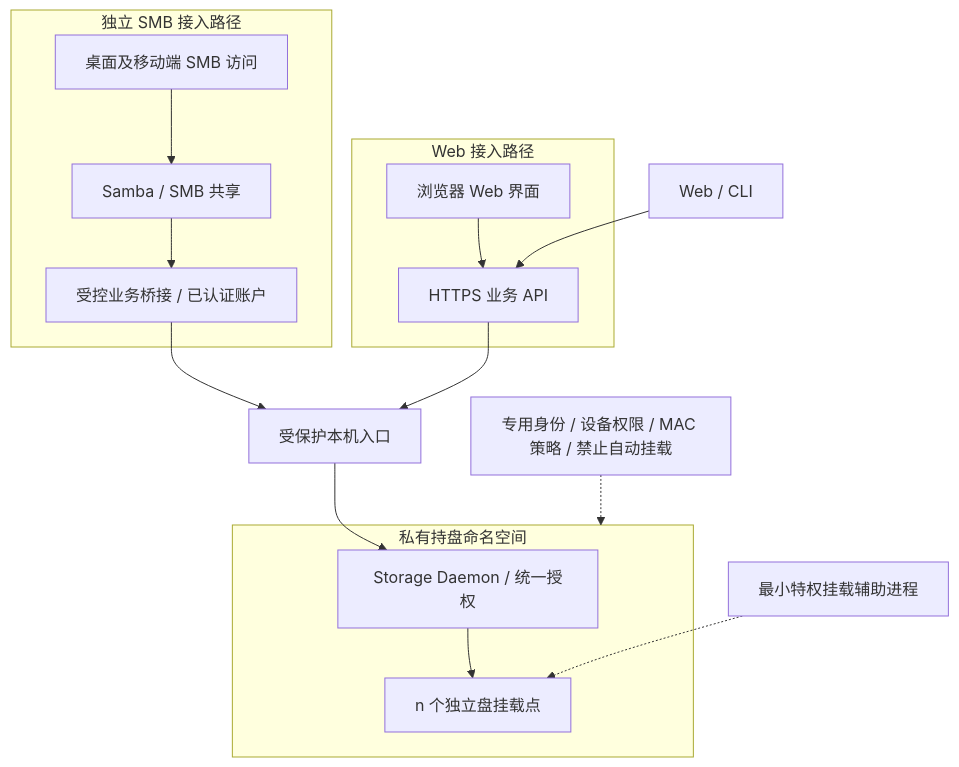
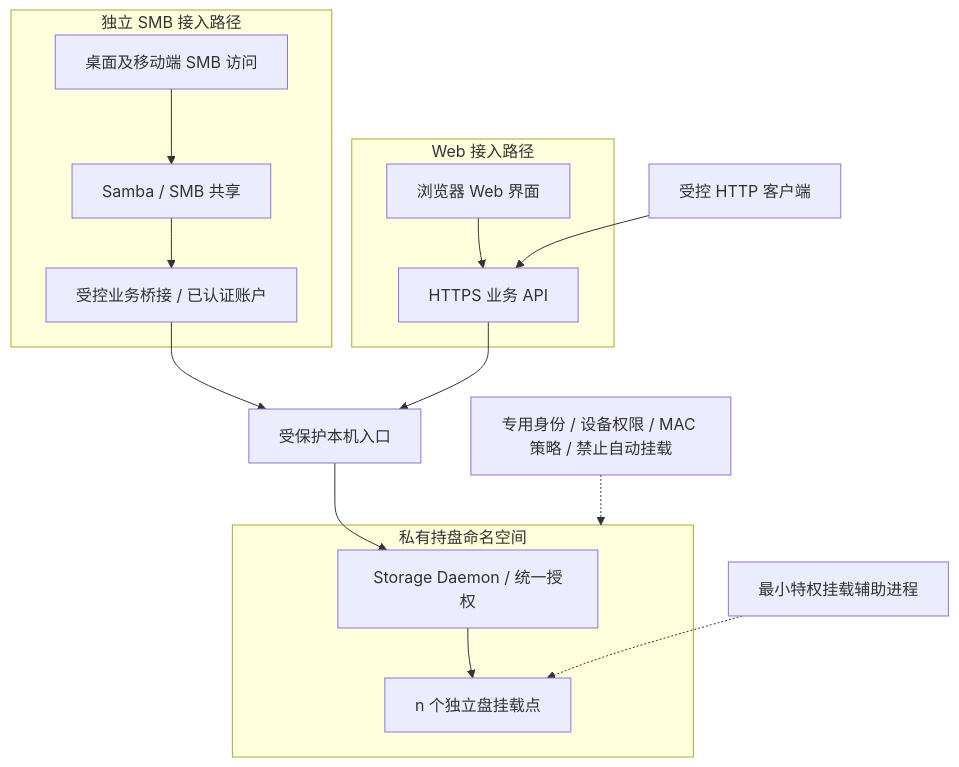
One commit to isarmg/xcs changed the diagram in docs/14-security-and-permissions.md. Above: the diagram before and after it, drawn with Mermaid. The commit also changed other lines of this file and 111 other files, not shown here.

Commit message:
Separate resilient Web management from storage and replace legacy admin CLI

````diff
--- a/docs/14-security-and-permissions.md
+++ b/docs/14-security-and-permissions.md
@@ -26,21 +26,21 @@
 ```mermaid
 flowchart TB
     subgraph AACCESS[Web 接入路径]
         BROWSER[浏览器 Web 界面] --> GW[HTTPS 业务 API]
     end
     subgraph SACCESS[独立 SMB 接入路径]
         SMBC[桌面及移动端 SMB 访问] --> SMB[Samba / SMB 共享]
         SMB --> BRIDGE[受控业务桥接 / 已认证账户]
     end
-    OTHER[Web / CLI] --> GW
+    OTHER[受控 HTTP 客户端] --> GW
     BRIDGE --> SOCK[受保护本机入口]
     GW --> SOCK
     subgraph PRIVATE[私有持盘命名空间]
         CORE[Storage Daemon / 统一授权]
         PHYS[n 个独立盘挂载点]
         CORE --> PHYS
     end
     SOCK --> CORE
     HELPER[最小特权挂载辅助进程] -.-> PHYS
     GUARD[专用身份 / 设备权限 / MAC 策略 / 禁止自动挂载] -.-> PRIVATE
 ```
````
